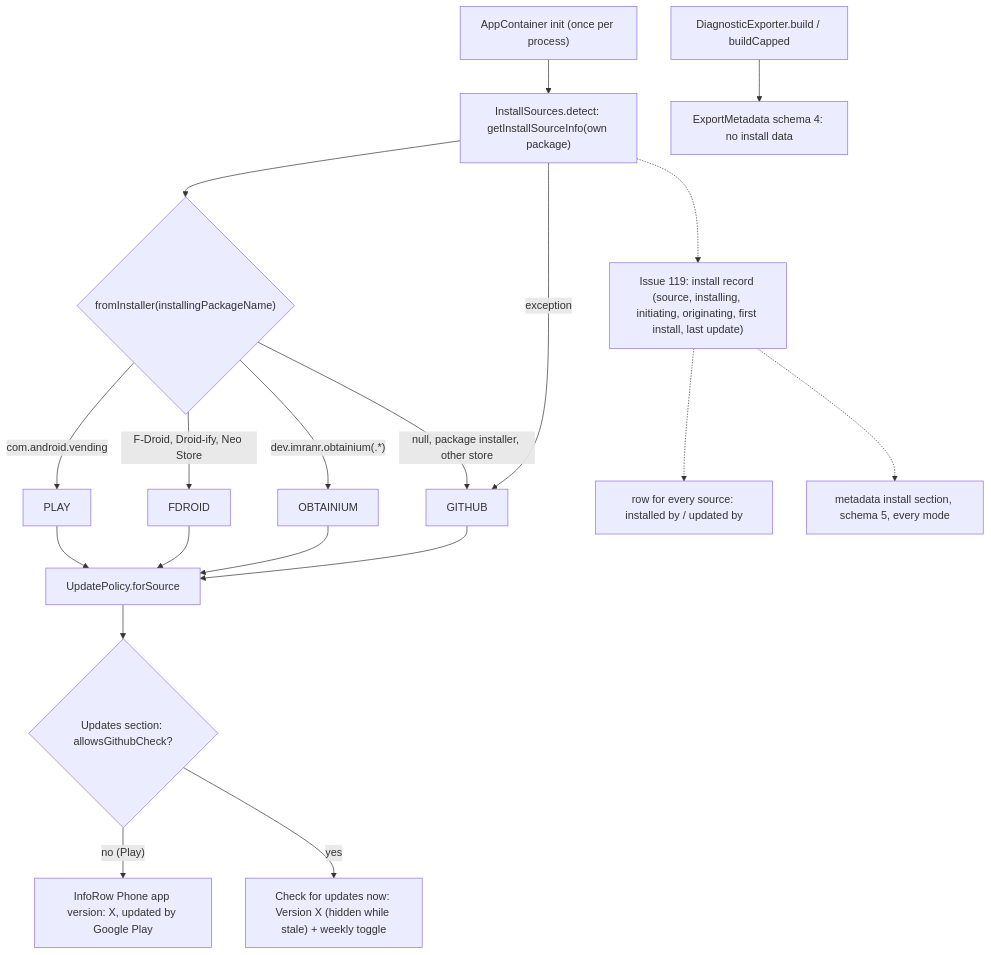
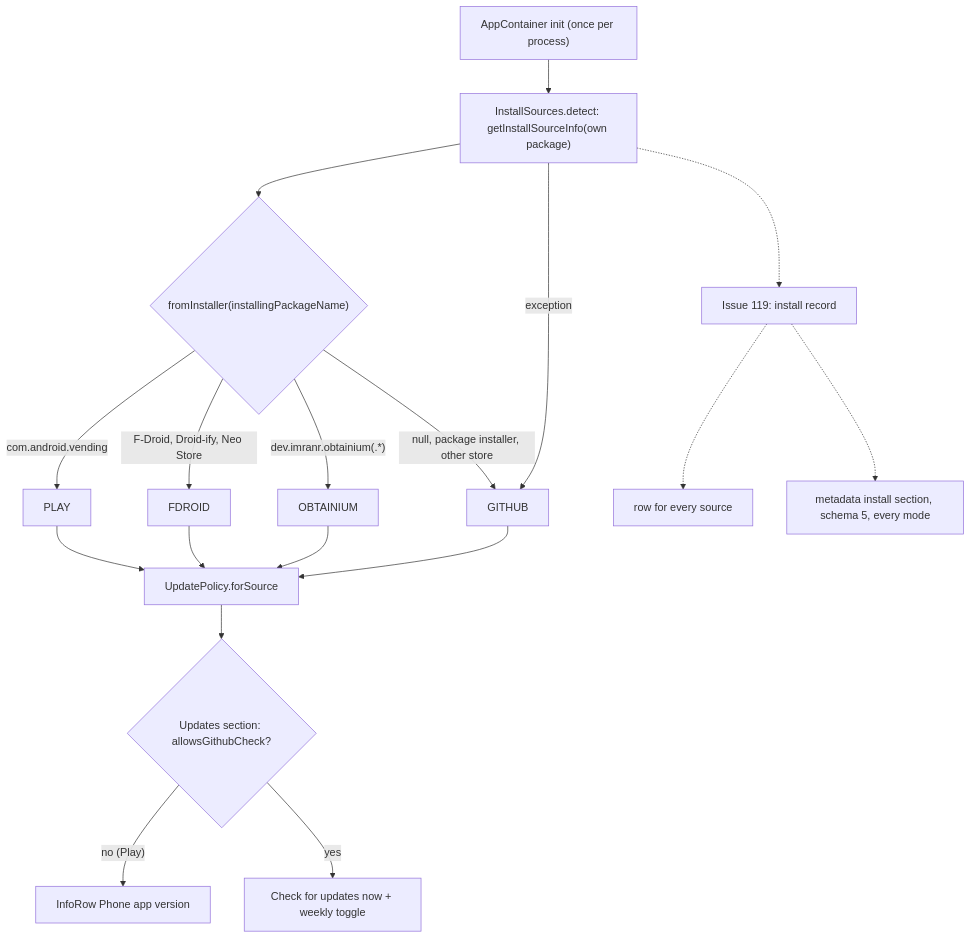
One commit to optio/PebbleNTN changed the fifth of 12 diagrams in aidlc/spaces/default/codekb/PebbleNTN/architecture.md. Above: the diagram before and after it, drawn with Mermaid. The commit also changed other lines of this file and 101 other files, not shown here.

````diff
--- a/aidlc/spaces/default/codekb/PebbleNTN/architecture.md
+++ b/aidlc/spaces/default/codekb/PebbleNTN/architecture.md
@@ -141,21 +188,20 @@
 ```mermaid
 flowchart TD
   START["AppContainer init (once per process)"] --> DET["InstallSources.detect: getInstallSourceInfo(own package)"]
   DET --> MAP{"fromInstaller(installingPackageName)"}
   MAP -- com.android.vending --> PLAY[PLAY]
   MAP -- "F-Droid, Droid-ify, Neo Store" --> FD[FDROID]
   MAP -- "dev.imranr.obtainium(.*)" --> OB[OBTAINIUM]
   MAP -- "null, package installer, other store" --> GH[GITHUB]
   DET -- exception --> GH
   PLAY --> POL["UpdatePolicy.forSource"]
   FD --> POL
   OB --> POL
   GH --> POL
   POL --> UPD{"Updates section: allowsGithubCheck?"}
-  UPD -- "no (Play)" --> ROW["InfoRow Phone app version: X, updated by Google Play"]
-  UPD -- yes --> NAV["Check for updates now: Version X (hidden while stale) + weekly toggle"]
-  EXP["DiagnosticExporter.build / buildCapped"] --> META["ExportMetadata schema 4: no install data"]
-  NEW["Issue 119: install record (source, installing, initiating, originating, first install, last update)"] -.-> ROW2["row for every source: installed by / updated by"]
+  UPD -- "no (Play)" --> ROW["InfoRow Phone app version"]
+  UPD -- yes --> NAV["Check for updates now + weekly toggle"]
+  NEW["Issue 119: install record"] -.-> ROW2["row for every source"]
   NEW -.-> META5["metadata install section, schema 5, every mode"]
   DET -.-> NEW
 ```
````
